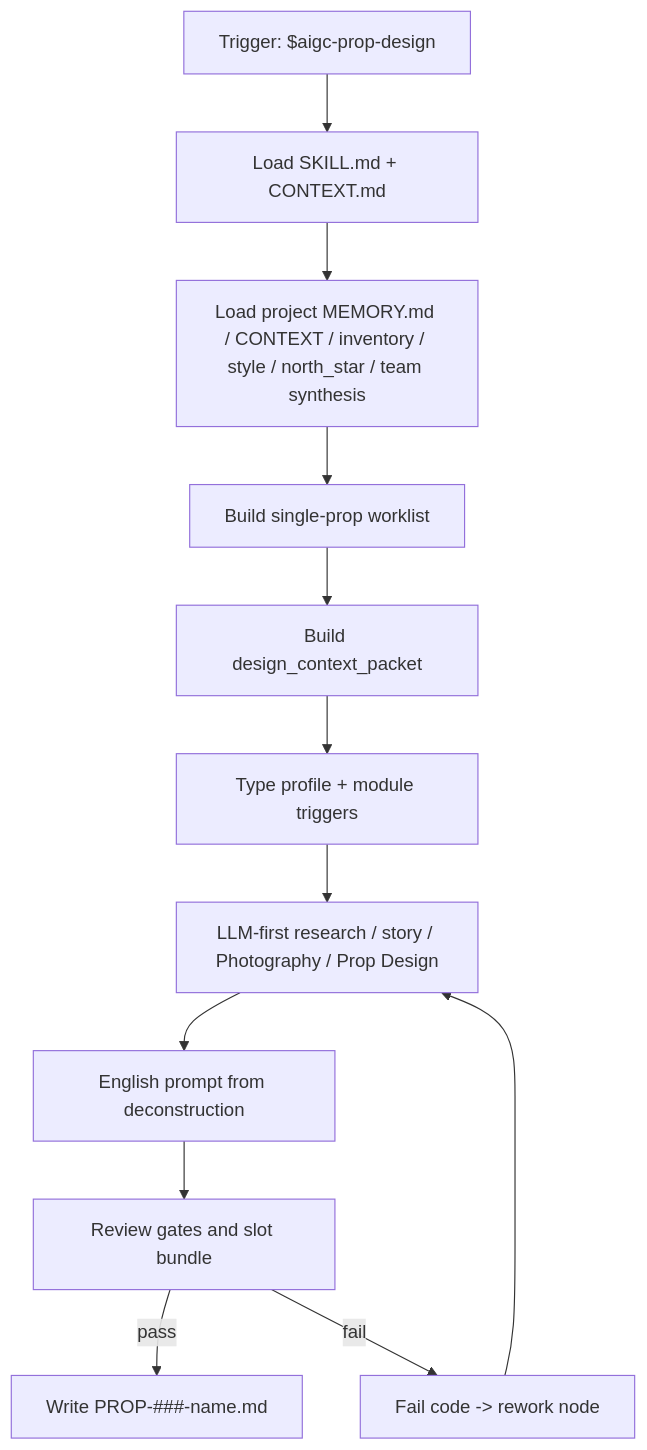
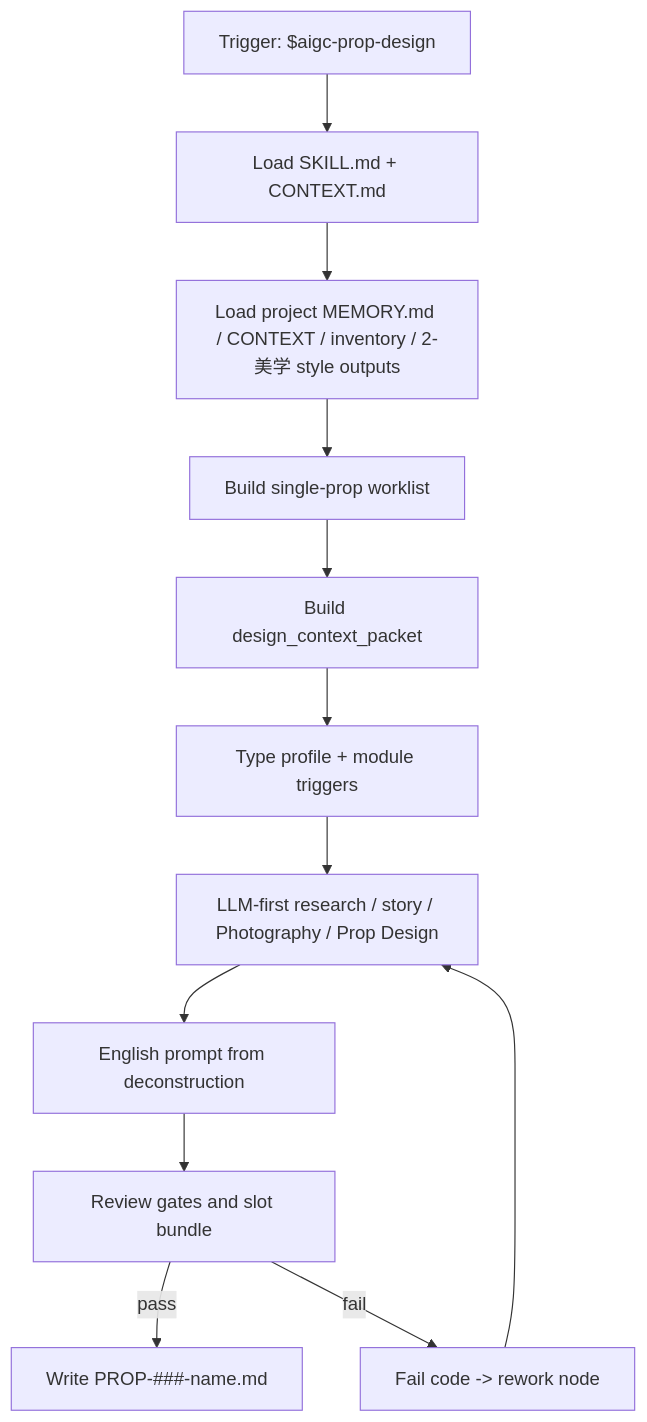
The first of 2 diagrams in .agents/skills/aigc/3-主体/道具/2-设计/SKILL.md (ZEN-VOID/AI-CUT), drawn with Mermaid before and after one commit. The commit also changed other lines of this file and 439 other files, not shown here.

````diff
--- a/.agents/skills/aigc/3-主体/道具/2-设计/SKILL.md
+++ b/.agents/skills/aigc/3-主体/道具/2-设计/SKILL.md
@@ -235,14 +237,14 @@
 ```mermaid
 flowchart TD
     A["Trigger: $aigc-prop-design"] --> B["Load SKILL.md + CONTEXT.md"]
-    B --> C["Load project MEMORY.md / CONTEXT / inventory / style / north_star / team synthesis"]
+    B --> C["Load project MEMORY.md / CONTEXT / inventory / 2-美学 style outputs"]
     C --> D["Build single-prop worklist"]
     D --> E["Build design_context_packet"]
     E --> F["Type profile + module triggers"]
     F --> G["LLM-first research / story / Photography / Prop Design"]
     G --> H["English prompt from deconstruction"]
     H --> I["Review gates and slot bundle"]
     I -->|"pass"| J["Write PROP-###-name.md"]
     I -->|"fail"| K["Fail code -> rework node"]
     K --> G
 ```
````
